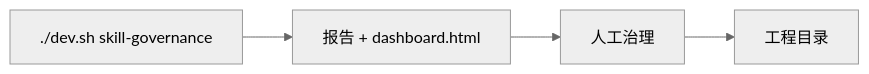
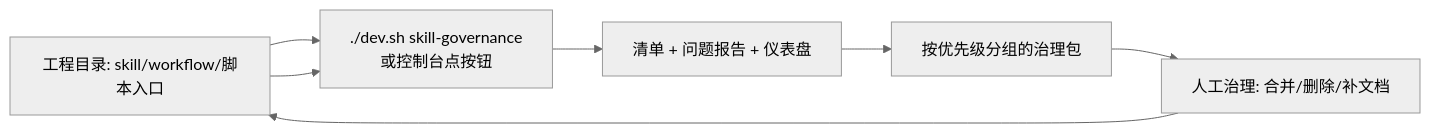
Before and after one commit to wubugui/GDoc: the diagram in docs/editors/services/skill-governance.md, drawn with Mermaid (neutral theme). The commit also changed other lines of this file and 112 other files, not shown here.

````diff
--- a/docs/editors/services/skill-governance.md
+++ b/docs/editors/services/skill-governance.md
@@ -80,8 +33,9 @@
 ```mermaid
 flowchart LR
-  REPO[工程目录]
-  GOV[./dev.sh skill-governance]
-  GOV --> RPT[报告 + dashboard.html]
-  RPT --> HUMAN[人工治理]
+  REPO[工程目录: skill/workflow/脚本入口] --> GOV["./dev.sh skill-governance<br/>或控制台点按钮"]
+  GOV --> RPT[清单 + 问题报告 + 仪表盘]
+  RPT --> WORKPACK[按优先级分组的治理包]
+  WORKPACK --> HUMAN[人工治理: 合并/删除/补文档]
   HUMAN --> REPO
+  REPO --> GOV
 ```
````
